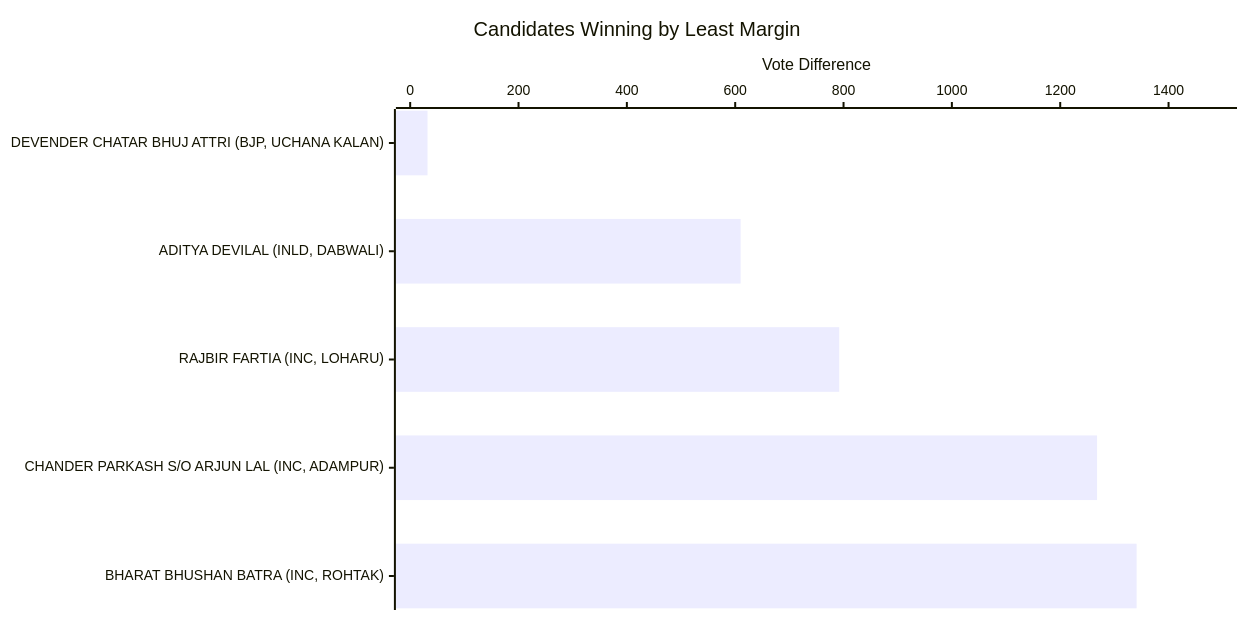
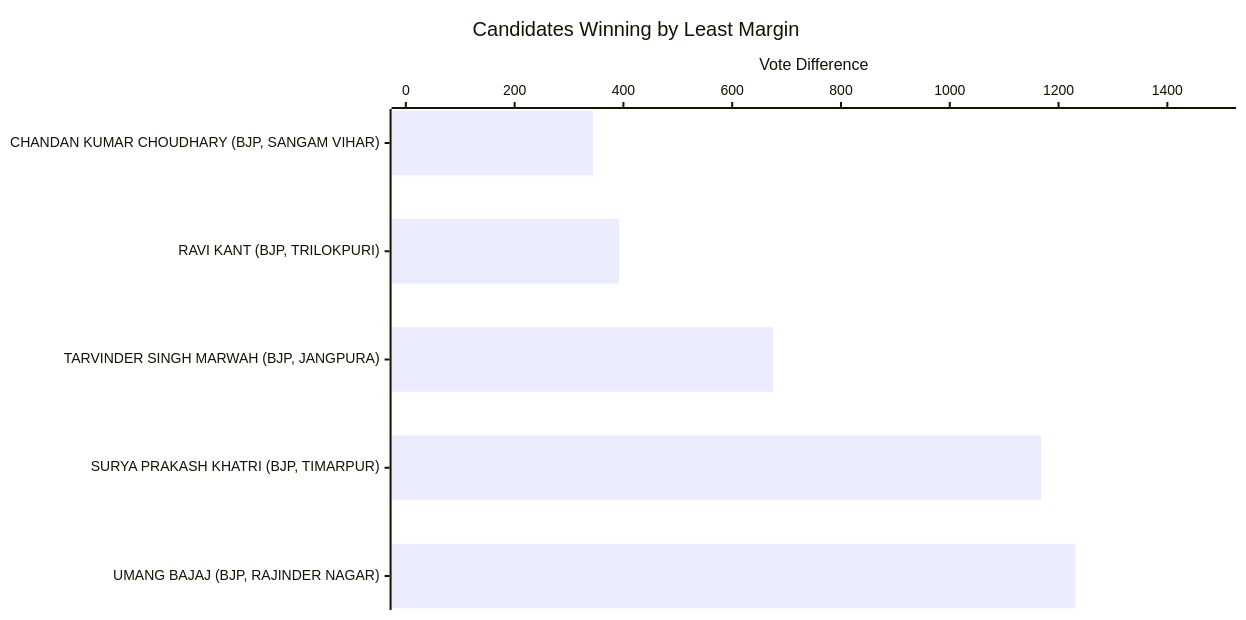
Before and after one commit to arjunswaj/elections: the sixth of 19 diagrams in NEWDELHI-GRAPH.md, drawn with Mermaid. The commit also changed other lines of this file, not shown here.

Commit message:
Updating the Graphical format

````diff
--- a/NEWDELHI-GRAPH.md
+++ b/NEWDELHI-GRAPH.md
@@ -130,14 +130,14 @@
 ```mermaid
 ---
 config:
     xyChart:
         width: 1200
         height: 600
         chartOrientation: horizontal
 ---
 xychart-beta
     title "Candidates Winning by Least Margin"
-    x-axis ["DEVENDER CHATAR BHUJ ATTRI (BJP, UCHANA KALAN)", "ADITYA DEVILAL (INLD, DABWALI)", "RAJBIR FARTIA (INC, LOHARU)", "CHANDER PARKASH S/O ARJUN LAL (INC, ADAMPUR)", "BHARAT BHUSHAN BATRA (INC, ROHTAK)"]
+    x-axis ["CHANDAN KUMAR CHOUDHARY (BJP, SANGAM VIHAR)", "RAVI KANT (BJP, TRILOKPURI)", "TARVINDER SINGH MARWAH (BJP, JANGPURA)", "SURYA PRAKASH KHATRI (BJP, TIMARPUR)", "UMANG BAJAJ (BJP, RAJINDER NAGAR)"]
     y-axis "Vote Difference" 0 --> 1500
-    bar [32, 610, 792, 1268, 1341]
+    bar [344, 392, 675, 1168, 1231]
 ```
````
